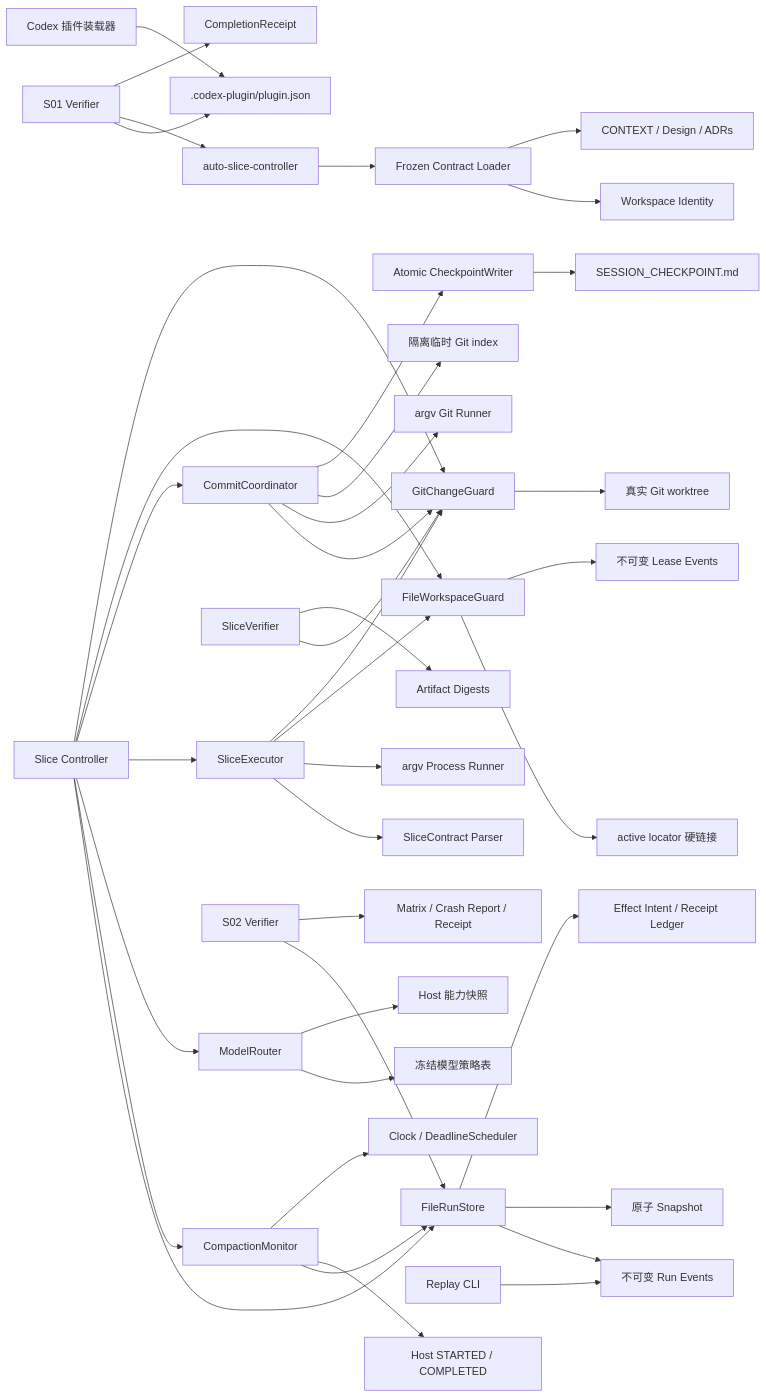
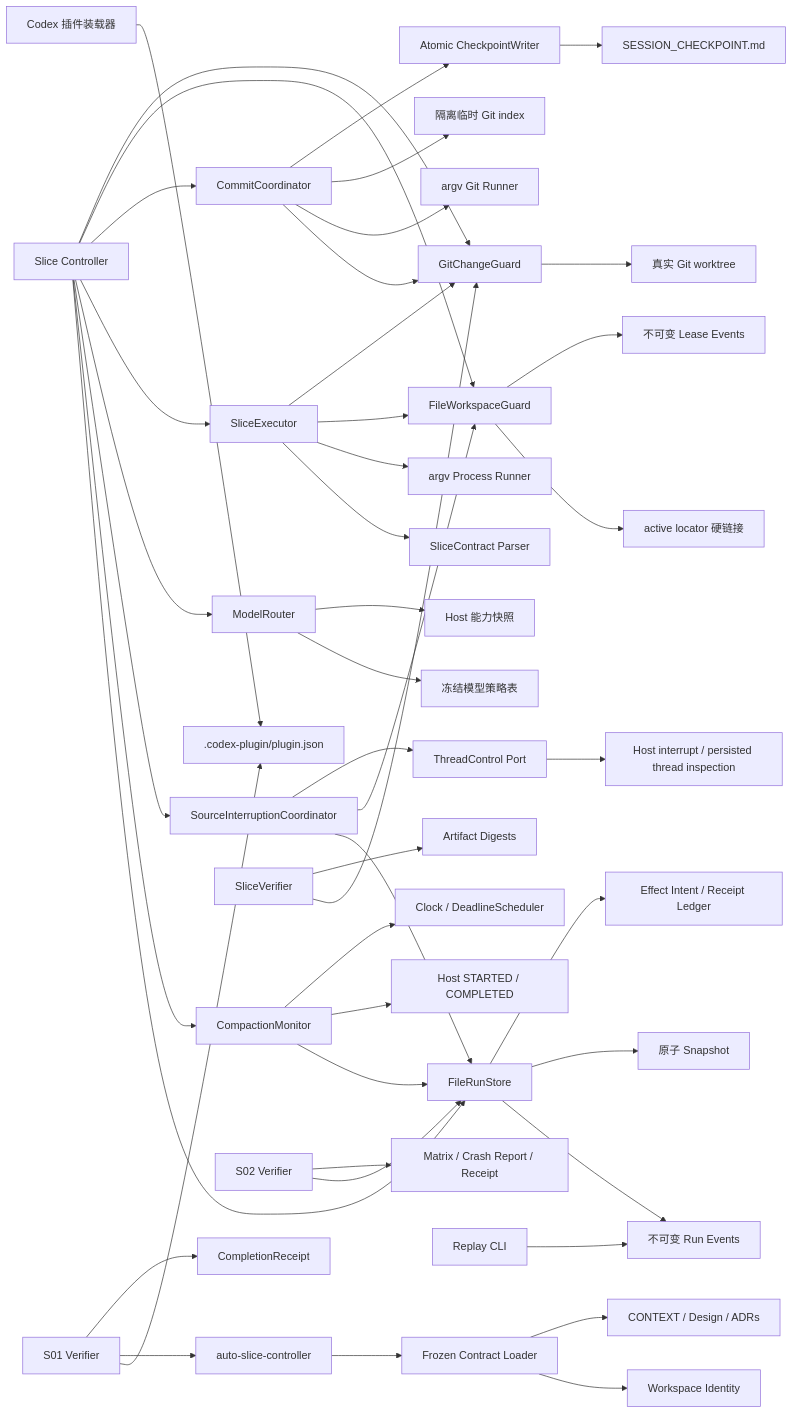
One commit to adaelon/auto-slice changed the diagram in docs/架构.md. Above: the diagram before and after it, drawn with Mermaid. The commit also changed other lines of this file and 14 other files, not shown here.

Commit message:
feat: complete S08 source thread interruption

````diff
--- a/docs/架构.md
+++ b/docs/架构.md
@@ -5,42 +5,47 @@
 ```mermaid
 flowchart LR
   Codex["Codex 插件装载器"] --> Manifest[".codex-plugin/plugin.json"]
   CLI["auto-slice-controller"] --> Loader["Frozen Contract Loader"]
   Loader --> Identity["Workspace Identity"]
   Loader --> Inputs["CONTEXT / Design / ADRs"]
   Controller["Slice Controller"] --> RunStore["FileRunStore"]
   Controller --> CompactionMonitor["CompactionMonitor"]
+  Controller --> SourceInterruption["SourceInterruptionCoordinator"]
   Controller --> ModelRouter["ModelRouter"]
   Controller --> SliceExecutor["SliceExecutor"]
   Controller --> CommitCoordinator["CommitCoordinator"]
   SliceExecutor --> ContractParser["SliceContract Parser"]
   SliceExecutor --> ProcessRunner["argv Process Runner"]
   SliceExecutor --> WorkspaceGuard
   SliceExecutor --> ChangeGuard
   SliceVerifier["SliceVerifier"] --> ChangeGuard
   SliceVerifier --> Artifacts["Artifact Digests"]
   CommitCoordinator --> ChangeGuard
   CommitCoordinator --> GitRunner["argv Git Runner"]
   CommitCoordinator --> AlternateIndex["隔离临时 Git index"]
   CommitCoordinator --> CheckpointWriter["Atomic CheckpointWriter"]
   CheckpointWriter --> SessionCheckpoint["SESSION_CHECKPOINT.md"]
   ModelRouter --> PolicyTable["冻结模型策略表"]
   ModelRouter --> HostCapabilities["Host 能力快照"]
   RunStore --> Events["不可变 Run Events"]
   RunStore --> Snapshot["原子 Snapshot"]
   RunStore --> Effects["Effect Intent / Receipt Ledger"]
   CompactionMonitor --> RunStore
   CompactionMonitor --> HostCompactionEvents["Host STARTED / COMPLETED"]
   CompactionMonitor --> DeadlineScheduler["Clock / DeadlineScheduler"]
+  SourceInterruption --> RunStore
+  SourceInterruption --> WorkspaceGuard
+  SourceInterruption --> ThreadControl["ThreadControl Port"]
+  ThreadControl --> HostThreadState["Host interrupt / persisted thread inspection"]
   Controller --> WorkspaceGuard["FileWorkspaceGuard"]
   WorkspaceGuard --> ActiveLease["active locator 硬链接"]
   WorkspaceGuard --> LeaseEvents["不可变 Lease Events"]
   Controller --> ChangeGuard["GitChangeGuard"]
   ChangeGuard --> Git["真实 Git worktree"]
   Replay["Replay CLI"] --> Events
   Verifier["S01 Verifier"] --> Manifest
   Verifier --> CLI
   Verifier --> Receipt["CompletionReceipt"]
   S02Verifier["S02 Verifier"] --> RunStore
   S02Verifier --> S02Evidence["Matrix / Crash Report / Receipt"]
 ```
````
